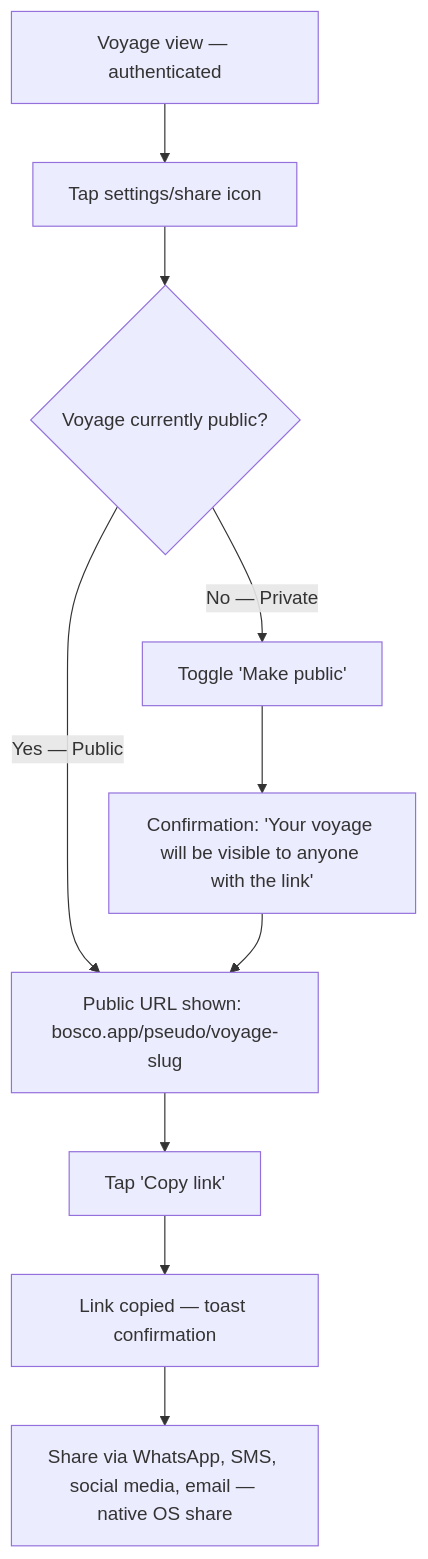
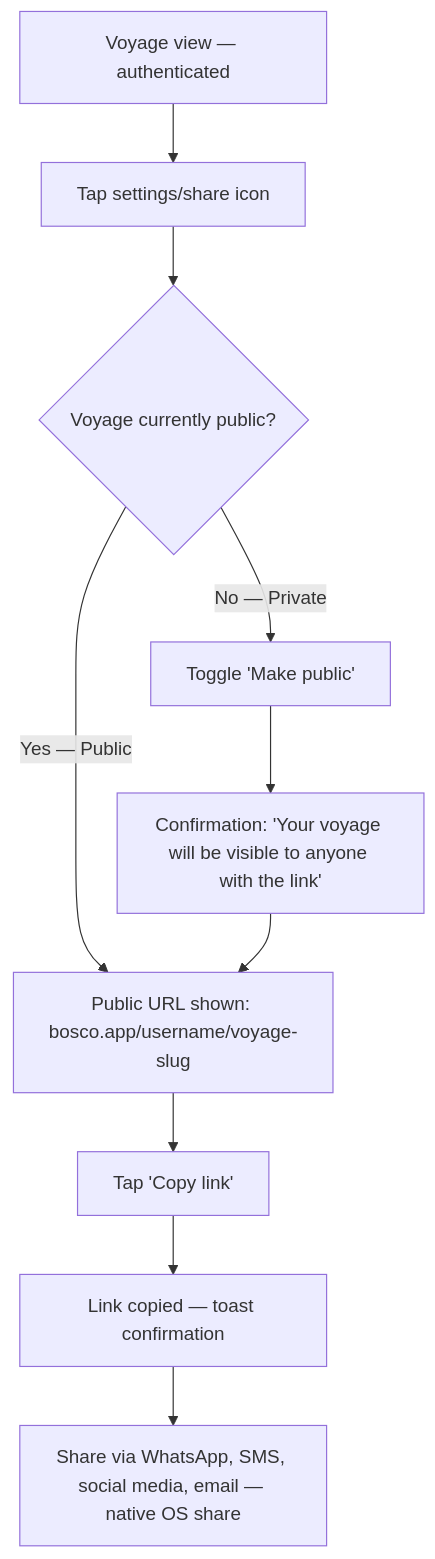
One commit to SebastienTr/bosco changed the fourth of 4 diagrams in _bmad-output/planning-artifacts/ux-design-specification.md. Above: the diagram before and after it, drawn with Mermaid. The commit also changed other lines of this file and 35 other files, not shown here.

````diff
--- a/_bmad-output/planning-artifacts/ux-design-specification.md
+++ b/_bmad-output/planning-artifacts/ux-design-specification.md
@@ -647,12 +647,12 @@
 ```mermaid
 flowchart TD
     A[Voyage view — authenticated] --> B[Tap settings/share icon]
     B --> C{Voyage currently public?}
     C -->|No — Private| D[Toggle 'Make public']
     C -->|Yes — Public| F
     D --> E[Confirmation: 'Your voyage will be visible to anyone with the link']
-    E --> F[Public URL shown: bosco.app/pseudo/voyage-slug]
+    E --> F[Public URL shown: bosco.app/username/voyage-slug]
     F --> G[Tap 'Copy link']
     G --> H[Link copied — toast confirmation]
     H --> I[Share via WhatsApp, SMS, social media, email — native OS share]
 ```
````
